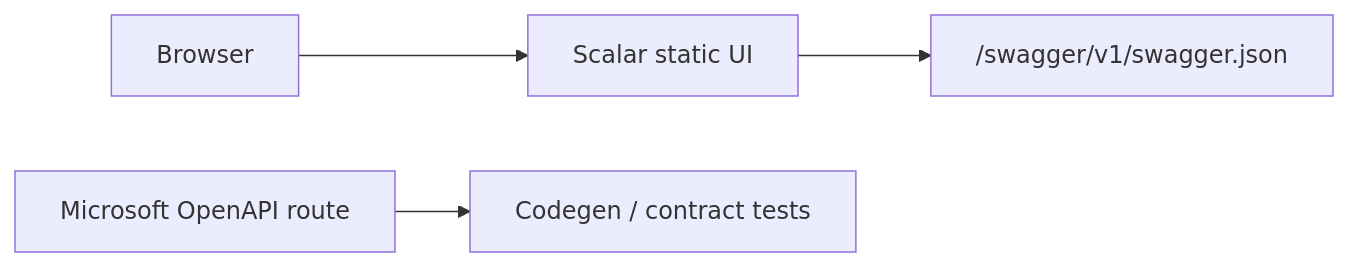
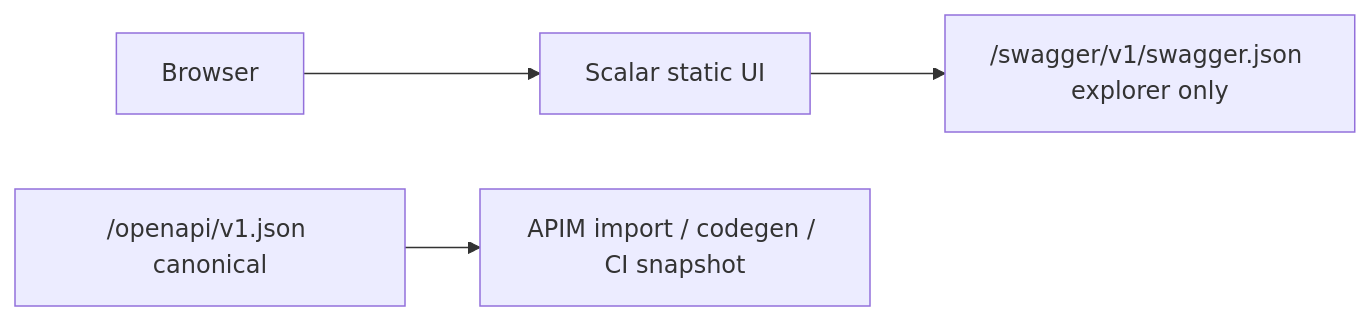
The diagram in docs/library/API_EXPLORER.md (joefrancisGA/ArchLucid), drawn with Mermaid before and after one commit. The commit also changed other lines of this file and 130 other files, not shown here.

````diff
--- a/docs/library/API_EXPLORER.md
+++ b/docs/library/API_EXPLORER.md
@@ -26,10 +26,10 @@
 ```mermaid
 flowchart LR
   Browser[Browser]
   ScalarUI[Scalar static UI]
-  SwaggerJson["/swagger/v1/swagger.json"]
-  OpenApiJson["Microsoft OpenAPI route"]
+  SwaggerJson["/swagger/v1/swagger.json explorer only"]
+  OpenApiJson["/openapi/v1.json canonical"]
   Browser --> ScalarUI
   ScalarUI --> SwaggerJson
-  OpenApiJson --> Tooling[Codegen / contract tests]
+  OpenApiJson --> Tooling[APIM import / codegen / CI snapshot]
 ```
````
